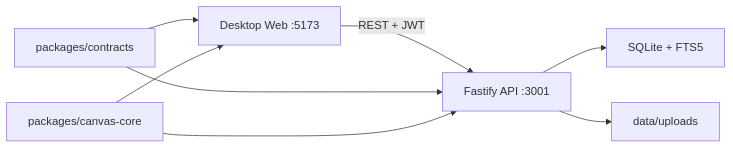
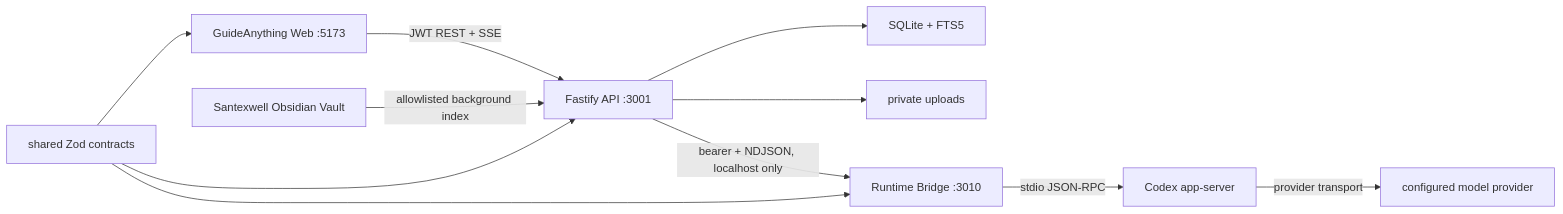
Before and after one commit to YuanzheYanggg/GuideAnything: the first of 2 diagrams in docs/ARCHITECTURE.md, drawn with Mermaid. The commit also changed other lines of this file and 60 other files, not shown here.

````diff
--- a/docs/ARCHITECTURE.md
+++ b/docs/ARCHITECTURE.md
@@ -17,10 +17,13 @@
 ```mermaid
 flowchart LR
-  Browser["Desktop Web :5173"] -->|"REST + JWT"| API["Fastify API :3001"]
+  Web["GuideAnything Web :5173"] -->|"JWT REST + SSE"| API["Fastify API :3001"]
   API --> DB["SQLite + FTS5"]
-  API --> Media["data/uploads"]
-  Contracts["packages/contracts"] --> Browser
+  API --> Uploads["private uploads"]
+  Vault["Santexwell Obsidian Vault"] -->|"allowlisted background index"| API
+  API -->|"bearer + NDJSON, localhost only"| Bridge["Runtime Bridge :3010"]
+  Bridge -->|"stdio JSON-RPC"| Codex["Codex app-server"]
+  Codex -->|"provider transport"| Model["configured model provider"]
+  Contracts["shared Zod contracts"] --> Web
   Contracts --> API
-  CanvasCore["packages/canvas-core"] --> Browser
-  CanvasCore --> API
+  Contracts --> Bridge
 ```
````
